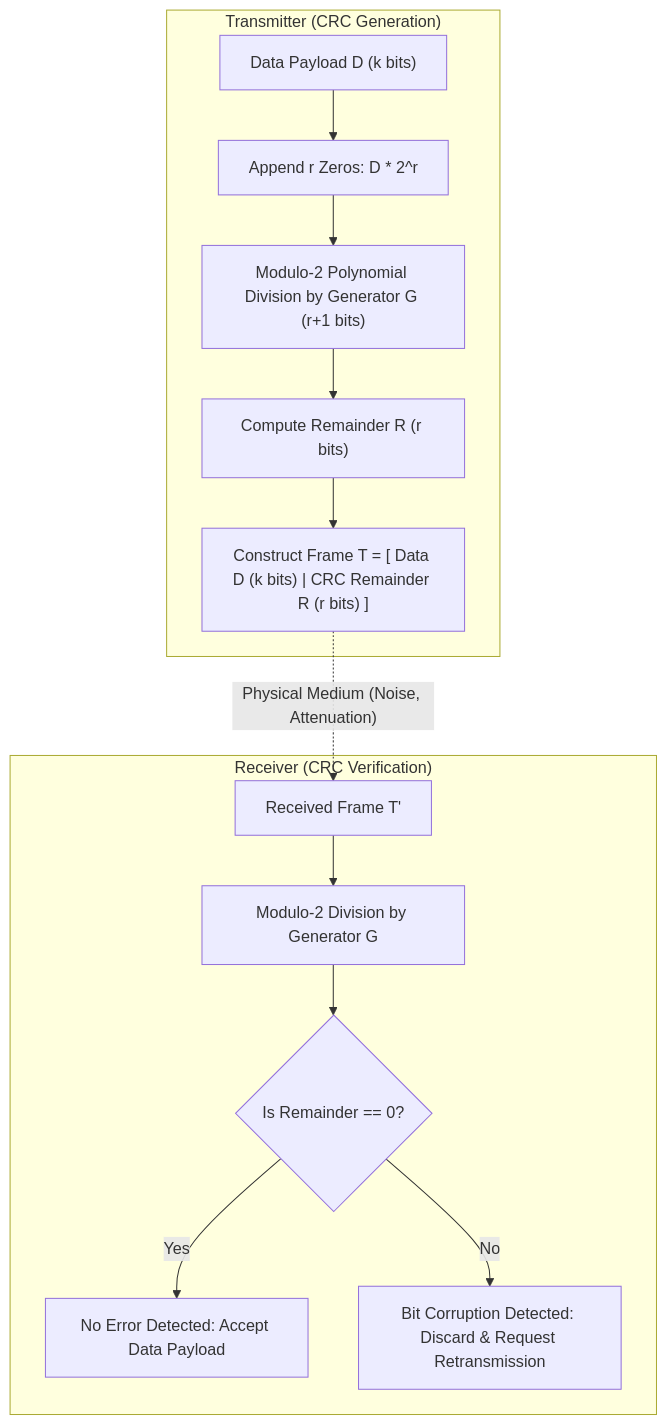
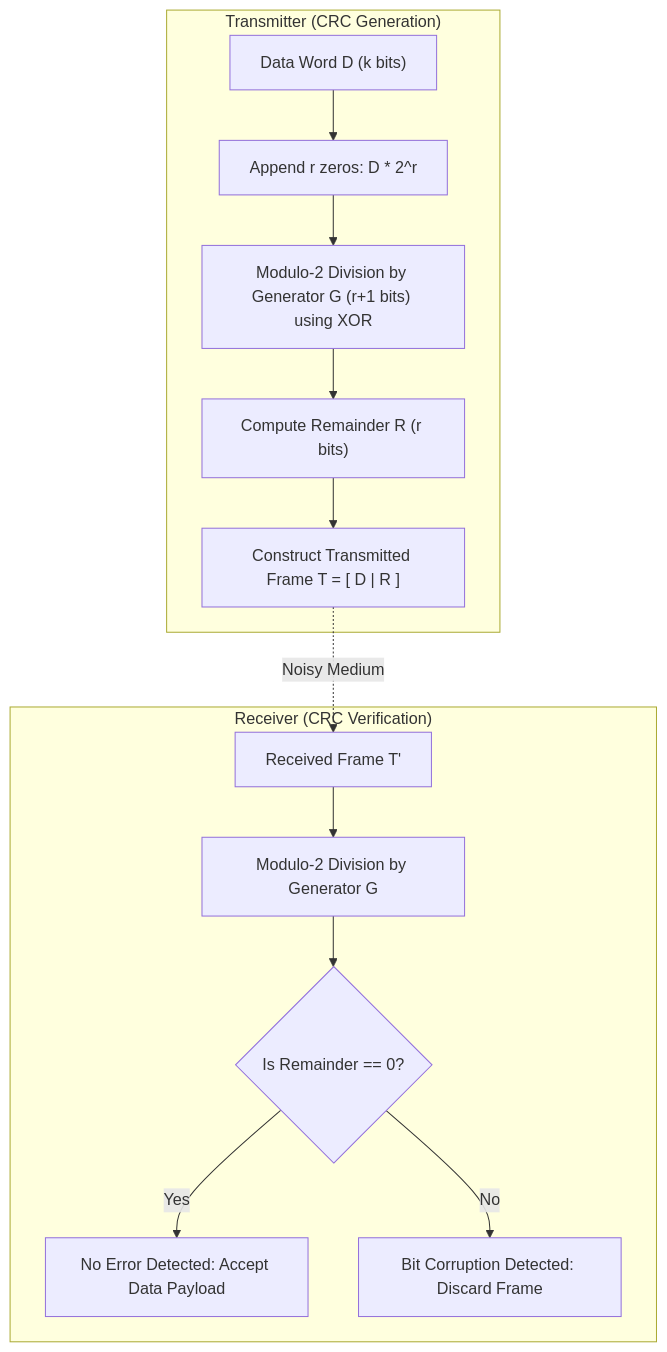
The diagram in content/Main Notes/3rd Year/Term 1/NSCOM03/Module 6- Error Detection/Error Detection.md (2ru17/Project-Engram), drawn with Mermaid before and after one commit. The commit also changed other lines of this file and 31 other files, not shown here.

````diff
--- a/content/Main Notes/3rd Year/Term 1/NSCOM03/Module 6- Error Detection/Error Detection.md
+++ b/content/Main Notes/3rd Year/Term 1/NSCOM03/Module 6- Error Detection/Error Detection.md
@@ -31,18 +36,18 @@
 ```mermaid
 flowchart TD
     subgraph Sender["Transmitter (CRC Generation)"]
-        DataBits["Data Payload D (k bits)"] --> AppendZeros["Append r Zeros: D * 2^r"]
-        AppendZeros --> ModuloDiv["Modulo-2 Polynomial Division by Generator G (r+1 bits)"]
+        DataBits["Data Word D (k bits)"] --> AppendZeros["Append r zeros: D * 2^r"]
+        AppendZeros --> ModuloDiv["Modulo-2 Division by Generator G (r+1 bits) using XOR"]
         ModuloDiv --> Remainder["Compute Remainder R (r bits)"]
-        Remainder --> FrameOut["Construct Frame T = [ Data D (k bits) | CRC Remainder R (r bits) ]"]
+        Remainder --> FrameOut["Construct Transmitted Frame T = [ D | R ]"]
     end
 
     subgraph Receiver["Receiver (CRC Verification)"]
         RecvFrame["Received Frame T'"] --> RecvDiv["Modulo-2 Division by Generator G"]
         RecvDiv --> RemCheck{"Is Remainder == 0?"}
         RemCheck -- "Yes" --> Accept["No Error Detected: Accept Data Payload"]
-        RemCheck -- "No" --> Reject["Bit Corruption Detected: Discard & Request Retransmission"]
+        RemCheck -- "No" --> Reject["Bit Corruption Detected: Discard Frame"]
     end
 
-    FrameOut -.->|"Physical Medium (Noise, Attenuation)"| RecvFrame
+    FrameOut -.->|"Noisy Medium"| RecvFrame
 ```
````
